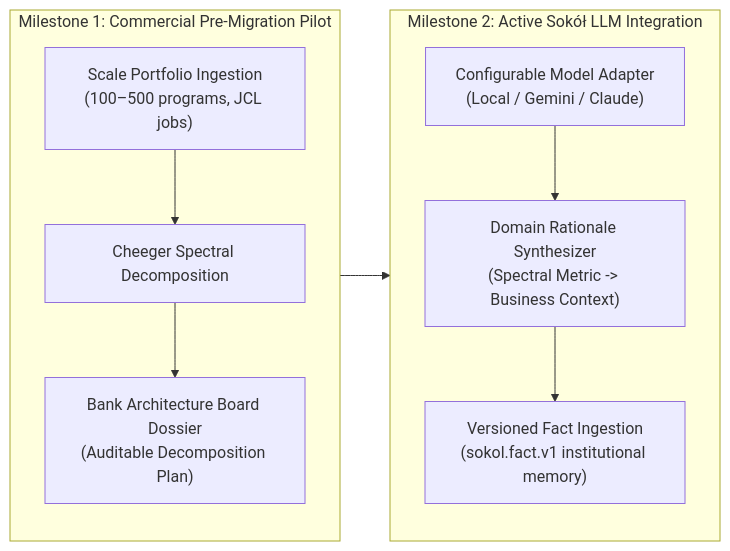
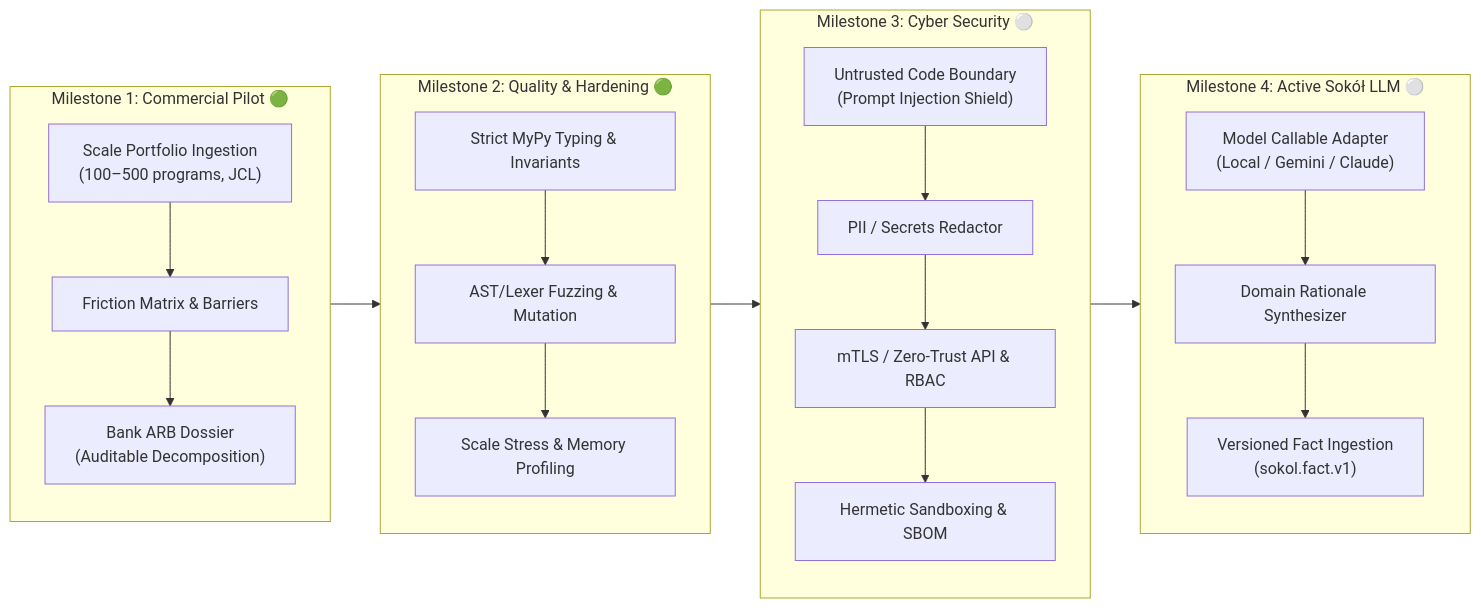
The diagram in REZONATOR_ROADMAP.md (V1B3hR/Rezonator), drawn with Mermaid before and after one commit. The commit also changed other lines of this file and 18 other files, not shown here.

Commit message:
feat(quality): implement strict mypy baseline, AST fuzzing, and scale stress testing (Milestone 2 complete)

````diff
--- a/REZONATOR_ROADMAP.md
+++ b/REZONATOR_ROADMAP.md
@@ -111,14 +111,27 @@
 ```mermaid
 graph LR
-    subgraph M_Pilot ["Milestone 1: Commercial Pre-Migration Pilot"]
-        P1["Scale Portfolio Ingestion<br/>(100–500 programs, JCL jobs)"] --> P2["Cheeger Spectral Decomposition"]
-        P2 --> P3["Bank Architecture Board Dossier<br/>(Auditable Decomposition Plan)"]
+    subgraph M1 ["Milestone 1: Commercial Pilot 🟢"]
+        P1["Scale Portfolio Ingestion<br/>(100–500 programs, JCL)"] --> P2["Friction Matrix & Barriers"]
+        P2 --> P3["Bank ARB Dossier<br/>(Auditable Decomposition)"]
     end
 
-    subgraph M_Sokol ["Milestone 2: Active Sokół LLM Integration"]
-        S1["Configurable Model Adapter<br/>(Local / Gemini / Claude)"] --> S2["Domain Rationale Synthesizer<br/>(Spectral Metric -> Business Context)"]
-        S2 --> S3["Versioned Fact Ingestion<br/>(sokol.fact.v1 institutional memory)"]
+    subgraph M2 ["Milestone 2: Quality & Hardening 🟢"]
+        Q1["Strict MyPy Typing & Invariants"] --> Q2["AST/Lexer Fuzzing & Mutation"]
+        Q2 --> Q3["Scale Stress & Memory Profiling"]
     end
 
-    M_Pilot --> M_Sokol
+    subgraph M3 ["Milestone 3: Cyber Security ⚪"]
+        C1["Untrusted Code Boundary<br/>(Prompt Injection Shield)"] --> C2["PII / Secrets Redactor"]
+        C2 --> C3["mTLS / Zero-Trust API & RBAC"]
+        C3 --> C4["Hermetic Sandboxing & SBOM"]
+    end
+
+    subgraph M4 ["Milestone 4: Active Sokół LLM ⚪"]
+        S1["Model Callable Adapter<br/>(Local / Gemini / Claude)"] --> S2["Domain Rationale Synthesizer"]
+        S2 --> S3["Versioned Fact Ingestion<br/>(sokol.fact.v1)"]
+    end
+
+    M1 --> M2
+    M2 --> M3
+    M3 --> M4
 ```
````
